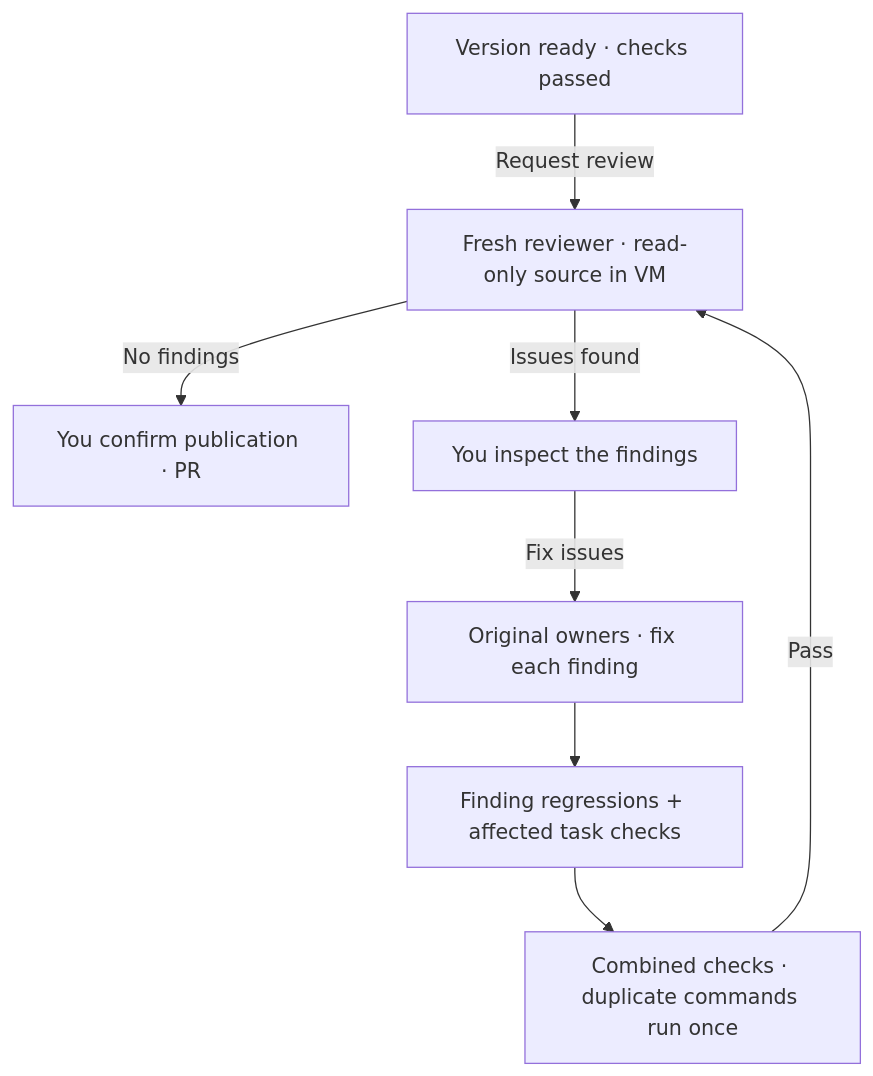
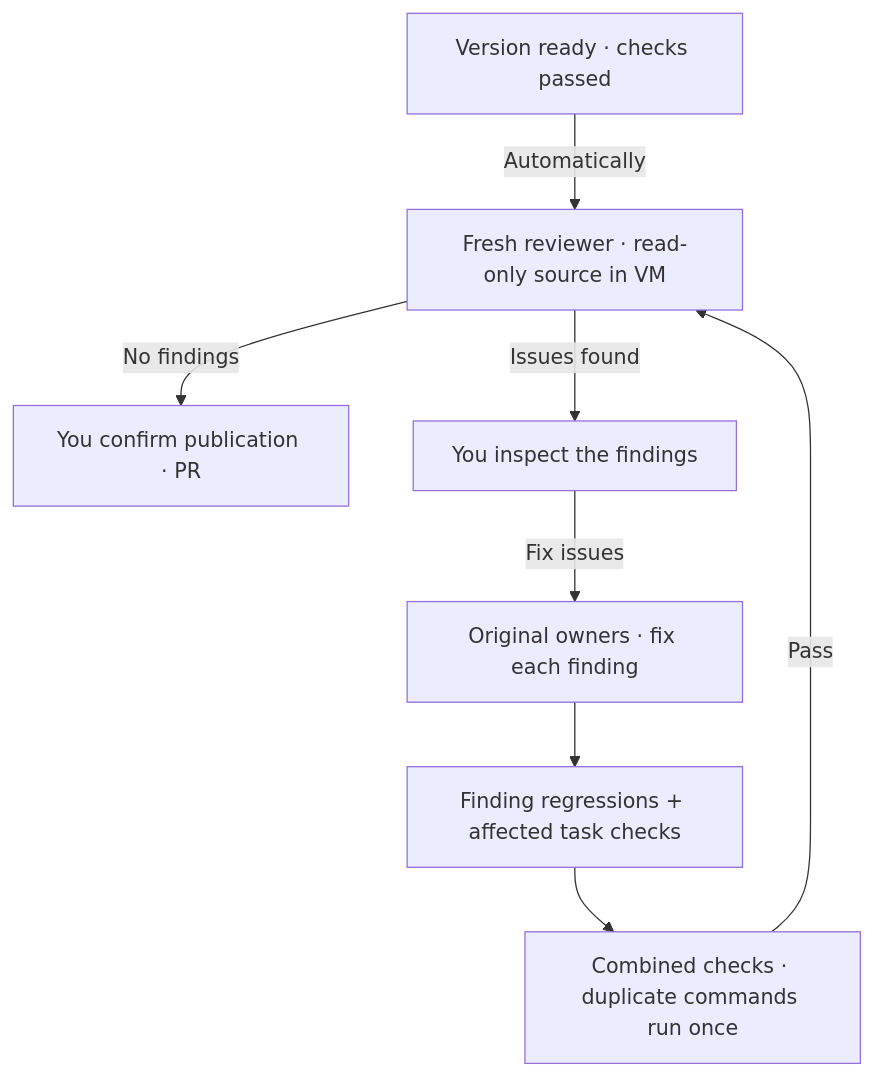
The diagram in docs/review.md (minimumeffort-dev/sprowt.harness), drawn with Mermaid before and after one commit. The commit also changed other lines of this file and 16 other files, not shown here.

````diff
--- a/docs/review.md
+++ b/docs/review.md
@@ -7,10 +7,10 @@
 ```mermaid
 flowchart TB
-    ready["Version ready · checks passed"] -->|"Request review"| review["Fresh reviewer · read-only source in VM"]
+    ready["Version ready · checks passed"] -->|"Automatically"| review["Fresh reviewer · read-only source in VM"]
     review -->|"No findings"| publish["You confirm publication · PR"]
     review -->|"Issues found"| findings["You inspect the findings"]
     findings -->|"Fix issues"| fix["Original owners · fix each finding"]
     fix --> focused["Finding regressions + affected task checks"]
     focused --> checks["Combined checks · duplicate commands run once"]
     checks -->|"Pass"| review
 ```
````
